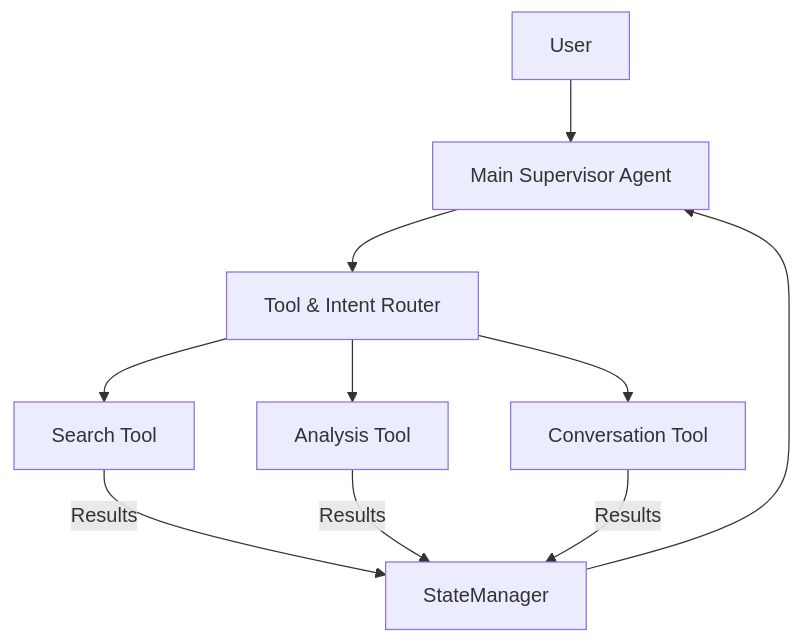
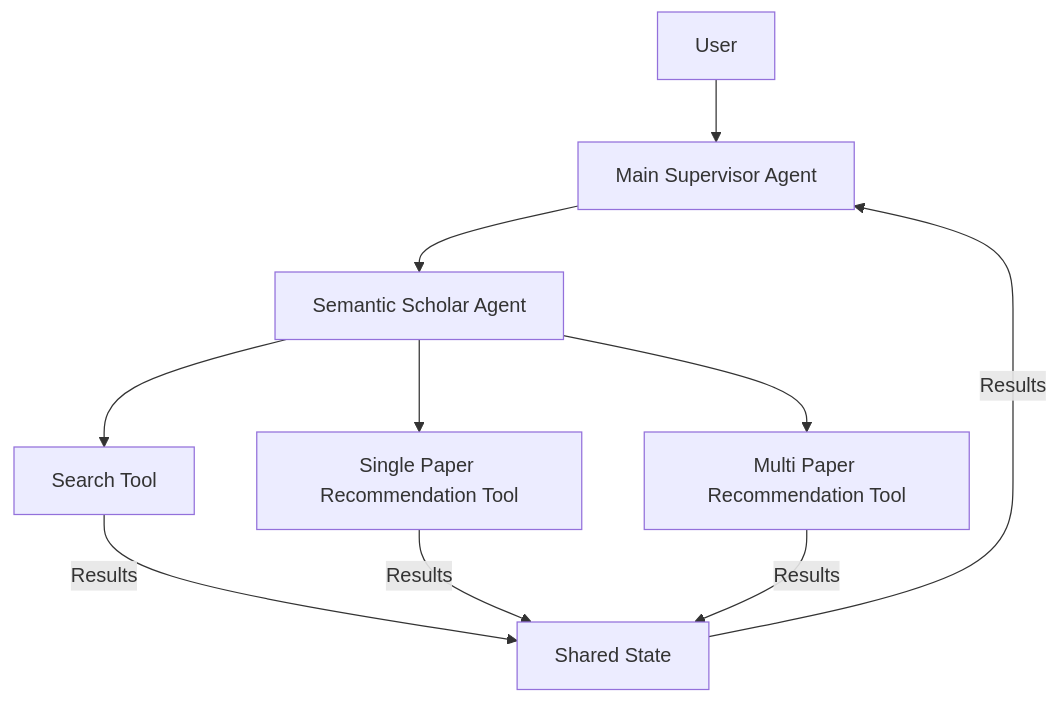
The diagram in README.md (ansh-info/AI-Agents), drawn with Mermaid before and after one commit. The commit also changed other lines of this file, not shown here.

Commit message:
Update: Updated the mermaid diagram

````diff
--- a/README.md
+++ b/README.md
@@ -27,12 +36,15 @@
 ```mermaid
 graph TD
     User --> MainAgent["Main Supervisor Agent"]
-    MainAgent --> ToolRouter["Tool & Intent Router"]
-    ToolRouter --> SearchTool["Search Tool"]
-    ToolRouter --> AnalysisTool["Analysis Tool"]
-    ToolRouter --> ConversationTool["Conversation Tool"]
-    SearchTool --> |Results| StateManager
-    AnalysisTool --> |Results| StateManager
-    ConversationTool --> |Results| StateManager
-    StateManager --> MainAgent
+    MainAgent --> Agent_S2["Semantic Scholar Agent"]
+
+    Agent_S2 --> SearchTool["Search Tool"]
+    Agent_S2 --> SinglePaperRecommendationTool["Single Paper Recommendation Tool"]
+    Agent_S2 --> MultiPaperRecommendationTool["Multi Paper Recommendation Tool"]
+
+    SearchTool --> |Results| SharedState["Shared State"]
+    SinglePaperRecommendationTool --> |Results| SharedState
+    MultiPaperRecommendationTool --> |Results| SharedState
+
+    SharedState --> |Results| MainAgent
 ```
````
